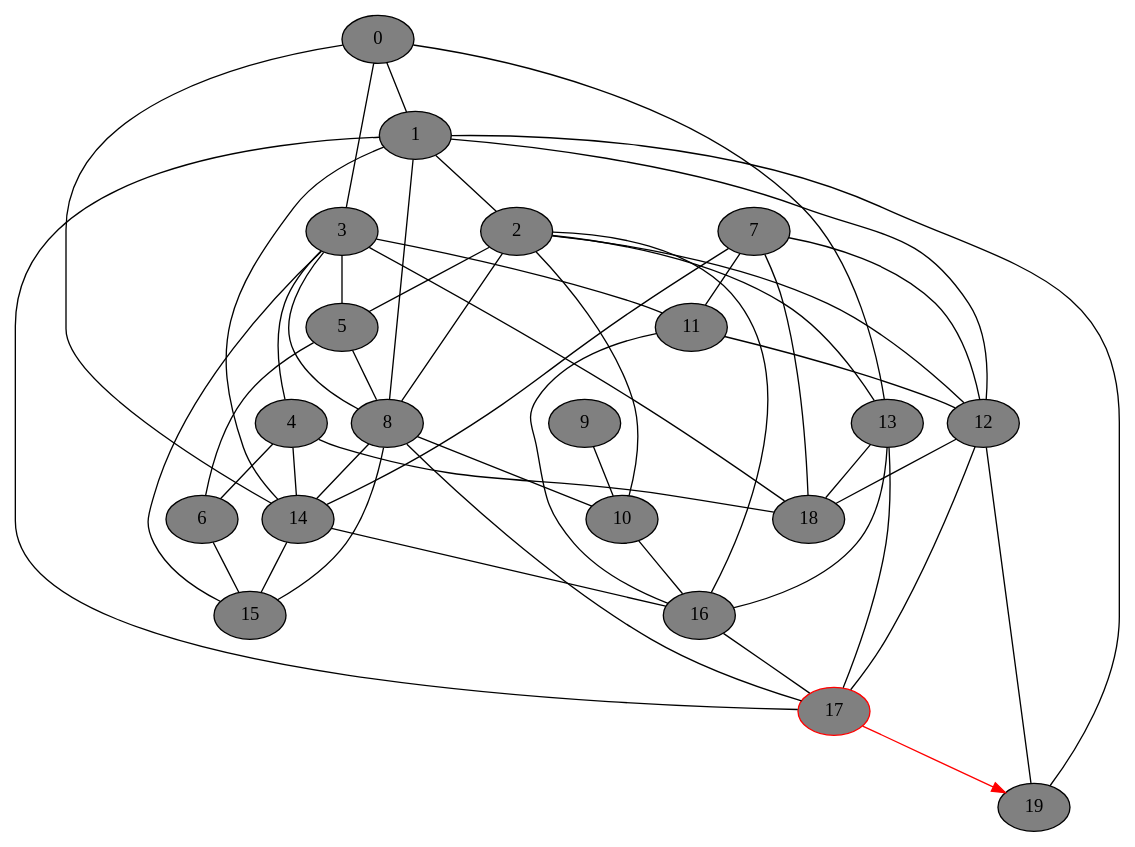
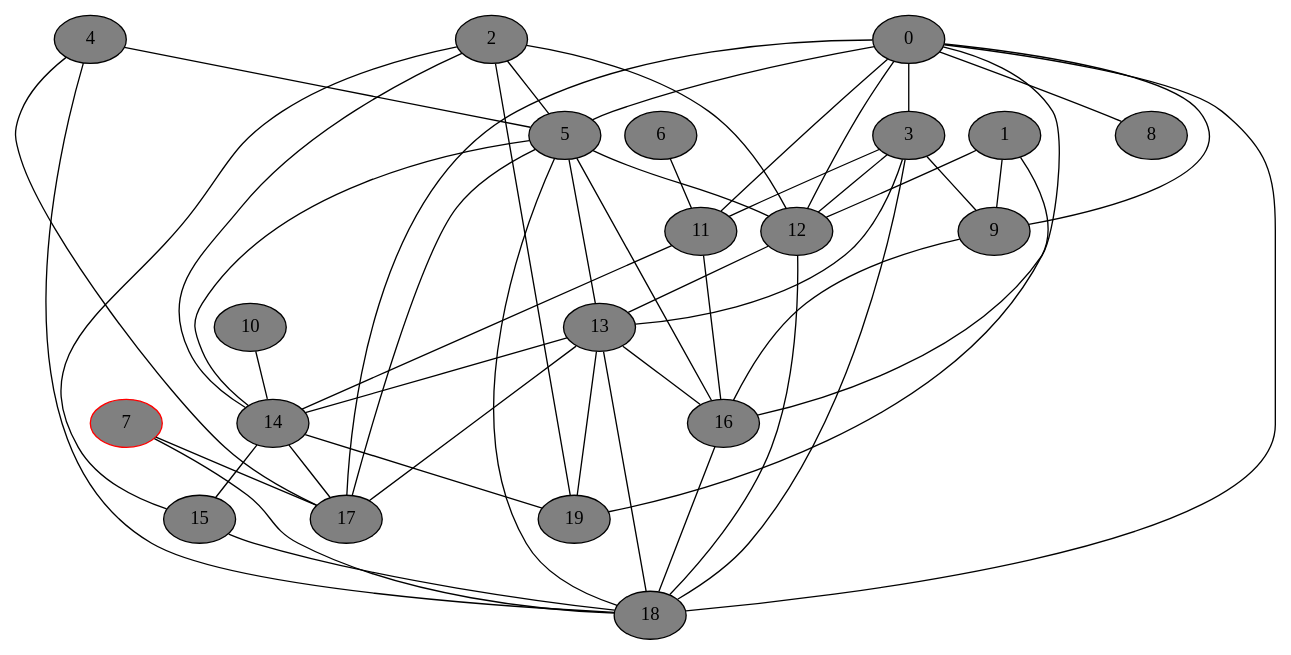
The diagram in gv_graphs/nxt0045.dot (DSMishler/EBA_models), drawn with Graphviz before and after one commit. The commit also changed 704 other files, not shown here.

```diff
--- a/gv_graphs/nxt0045.dot
+++ b/gv_graphs/nxt0045.dot
@@ -1,74 +1,74 @@
 // network test graph
 digraph
 {
 	0 [fillcolor=gray,style=filled,]
 	1 [fillcolor=gray,style=filled,]
 	2 [fillcolor=gray,style=filled,]
 	3 [fillcolor=gray,style=filled,]
 	4 [fillcolor=gray,style=filled,]
 	5 [fillcolor=gray,style=filled,]
 	6 [fillcolor=gray,style=filled,]
-	7 [fillcolor=gray,style=filled,]
+	7 [fillcolor=gray,style=filled,color=red,]
 	8 [fillcolor=gray,style=filled,]
 	9 [fillcolor=gray,style=filled,]
 	10 [fillcolor=gray,style=filled,]
 	11 [fillcolor=gray,style=filled,]
 	12 [fillcolor=gray,style=filled,]
 	13 [fillcolor=gray,style=filled,]
 	14 [fillcolor=gray,style=filled,]
 	15 [fillcolor=gray,style=filled,]
 	16 [fillcolor=gray,style=filled,]
-	17 [fillcolor=gray,style=filled,color=red,]
+	17 [fillcolor=gray,style=filled,]
 	18 [fillcolor=gray,style=filled,]
 	19 [fillcolor=gray,style=filled,]
-	0 -> 1 [dir=none]
 	0 -> 3 [dir=none]
-	0 -> 13 [dir=none]
-	0 -> 14 [dir=none]
-	1 -> 2 [dir=none]
-	1 -> 8 [dir=none]
+	0 -> 5 [dir=none]
+	0 -> 8 [dir=none]
+	0 -> 9 [dir=none]
+	0 -> 11 [dir=none]
+	0 -> 12 [dir=none]
+	0 -> 16 [dir=none]
+	0 -> 17 [dir=none]
+	0 -> 18 [dir=none]
+	1 -> 9 [dir=none]
 	1 -> 12 [dir=none]
-	1 -> 14 [dir=none]
-	1 -> 17 [dir=none]
 	1 -> 19 [dir=none]
 	2 -> 5 [dir=none]
-	2 -> 8 [dir=none]
-	2 -> 10 [dir=none]
 	2 -> 12 [dir=none]
-	2 -> 13 [dir=none]
-	2 -> 16 [dir=none]
-	3 -> 4 [dir=none]
-	3 -> 5 [dir=none]
-	3 -> 8 [dir=none]
+	2 -> 14 [dir=none]
+	2 -> 15 [dir=none]
+	2 -> 19 [dir=none]
+	3 -> 9 [dir=none]
 	3 -> 11 [dir=none]
-	3 -> 15 [dir=none]
+	3 -> 12 [dir=none]
+	3 -> 13 [dir=none]
 	3 -> 18 [dir=none]
-	4 -> 6 [dir=none]
-	4 -> 14 [dir=none]
+	4 -> 5 [dir=none]
+	4 -> 17 [dir=none]
 	4 -> 18 [dir=none]
-	5 -> 6 [dir=none]
-	5 -> 8 [dir=none]
-	6 -> 15 [dir=none]
-	7 -> 11 [dir=none]
-	7 -> 12 [dir=none]
-	7 -> 14 [dir=none]
+	5 -> 12 [dir=none]
+	5 -> 13 [dir=none]
+	5 -> 14 [dir=none]
+	5 -> 16 [dir=none]
+	5 -> 17 [dir=none]
+	5 -> 18 [dir=none]
+	6 -> 11 [dir=none]
+	7 -> 17 [dir=none]
 	7 -> 18 [dir=none]
-	8 -> 10 [dir=none]
-	8 -> 14 [dir=none]
-	8 -> 15 [dir=none]
-	8 -> 17 [dir=none]
-	9 -> 10 [dir=none]
-	10 -> 16 [dir=none]
-	11 -> 12 [dir=none]
+	9 -> 16 [dir=none]
+	10 -> 14 [dir=none]
+	11 -> 14 [dir=none]
 	11 -> 16 [dir=none]
-	12 -> 17 [dir=none]
+	12 -> 13 [dir=none]
 	12 -> 18 [dir=none]
-	12 -> 19 [dir=none]
+	13 -> 14 [dir=none]
 	13 -> 16 [dir=none]
 	13 -> 17 [dir=none]
 	13 -> 18 [dir=none]
+	13 -> 19 [dir=none]
 	14 -> 15 [dir=none]
-	14 -> 16 [dir=none]
-	16 -> 17 [dir=none]
-	17 -> 19 [dir=forward,color=red,]
+	14 -> 17 [dir=none]
+	14 -> 19 [dir=none]
+	15 -> 18 [dir=none]
+	16 -> 18 [dir=none]
 }
```
